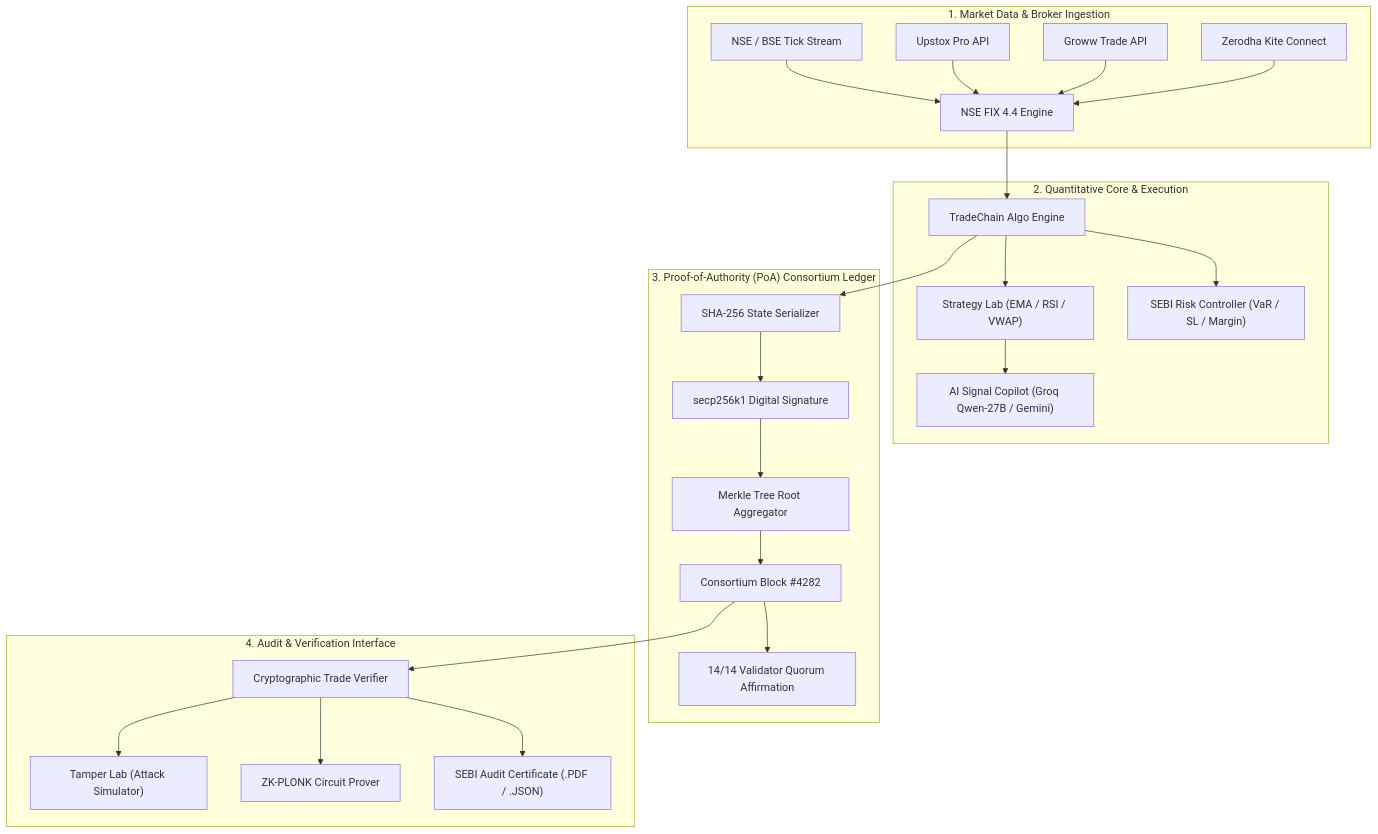
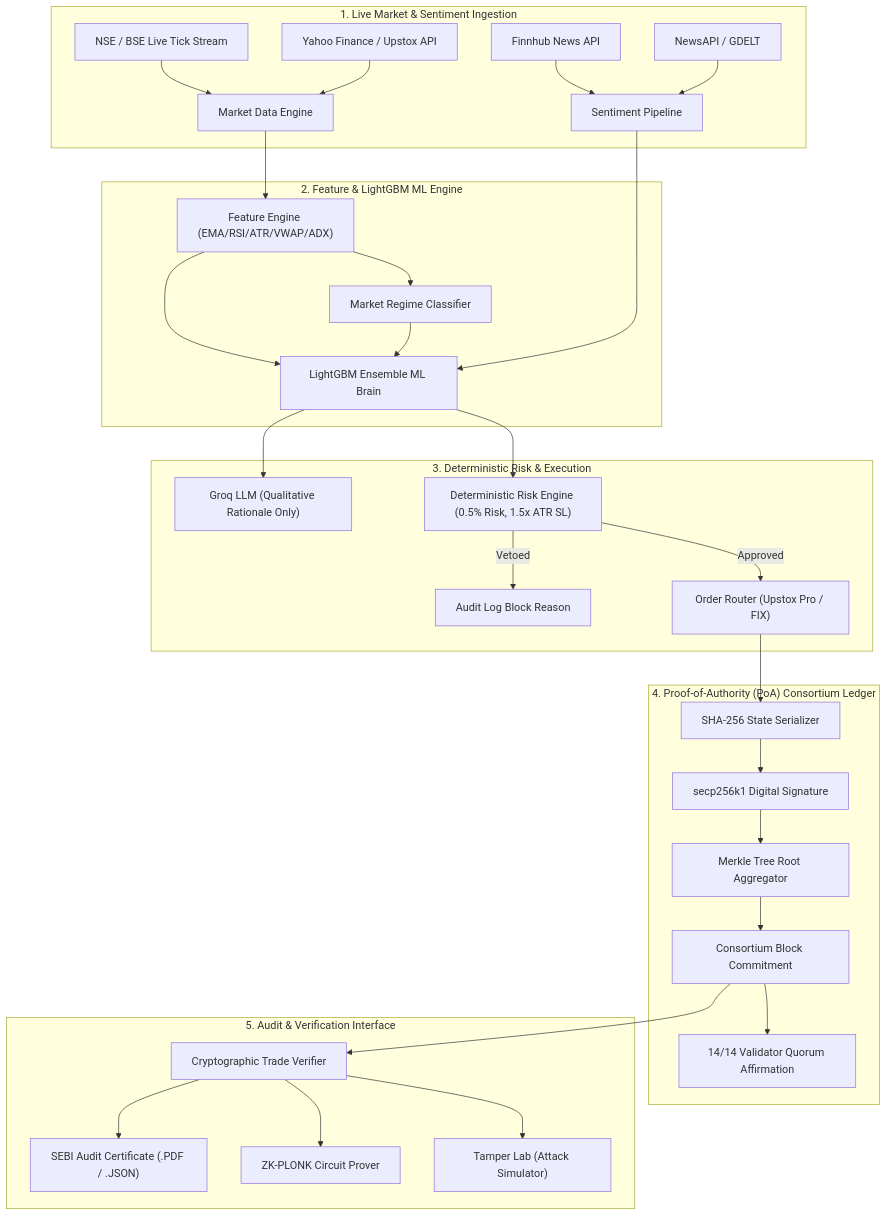
The diagram in README.md (itzdevilsunny/tradechain-platform), drawn with Mermaid before and after one commit. The commit also changed other lines of this file and 10 other files, not shown here.

Commit message:
feat: institutional LightGBM Ensemble ML Brain + Feature Engine + Multi-Source Sentiment + Deterministic Risk Engine

````diff
--- a/README.md
+++ b/README.md
@@ -83,31 +86,39 @@
 ```mermaid
 flowchart TD
-    subgraph MarketIngestion ["1. Market Data & Broker Ingestion"]
-        NSE["NSE / BSE Tick Stream"] --> FIX["NSE FIX 4.4 Engine"]
-        UPSTOX["Upstox Pro API"] --> FIX
-        GROWW["Groww Trade API"] --> FIX
-        ZERODHA["Zerodha Kite Connect"] --> FIX
+    subgraph MarketData ["1. Live Market & Sentiment Ingestion"]
+        NSE["NSE / BSE Live Tick Stream"] --> MDE["Market Data Engine"]
+        YFIN["Yahoo Finance / Upstox API"] --> MDE
+        FINN["Finnhub News API"] --> SENT["Sentiment Pipeline"]
+        NEWS["NewsAPI / GDELT"] --> SENT
     end
 
-    subgraph AlgoCore ["2. Quantitative Core & Execution"]
-        FIX --> ENGINE["TradeChain Algo Engine"]
-        ENGINE --> STRAT["Strategy Lab (EMA / RSI / VWAP)"]
-        ENGINE --> RISK["SEBI Risk Controller (VaR / SL / Margin)"]
-        STRAT --> SIGNALS["AI Signal Copilot (Groq Qwen-27B / Gemini)"]
+    subgraph QuantCore ["2. Feature & LightGBM ML Engine"]
+        MDE --> FEAT["Feature Engine (EMA/RSI/ATR/VWAP/ADX)"]
+        FEAT --> REGIME["Market Regime Classifier"]
+        FEAT --> ML["LightGBM Ensemble ML Brain"]
+        SENT --> ML
+        REGIME --> ML
     end
 
-    subgraph CryptoConsensus ["3. Proof-of-Authority (PoA) Consortium Ledger"]
-        ENGINE --> HASH["SHA-256 State Serializer"]
+    subgraph RiskAndExec ["3. Deterministic Risk & Execution"]
+        ML --> RISK["Deterministic Risk Engine (0.5% Risk, 1.5x ATR SL)"]
+        RISK -->|Approved| EXEC["Order Router (Upstox Pro / FIX)"]
+        RISK -->|Vetoed| BLOCK["Audit Log Block Reason"]
+        ML --> EXPLAIN["Groq LLM (Qualitative Rationale Only)"]
+    end
+
+    subgraph CryptoConsensus ["4. Proof-of-Authority (PoA) Consortium Ledger"]
+        EXEC --> HASH["SHA-256 State Serializer"]
         HASH --> ECDSA["secp256k1 Digital Signature"]
         ECDSA --> MERKLE["Merkle Tree Root Aggregator"]
-        MERKLE --> BLOCKS["Consortium Block #4282"]
+        MERKLE --> BLOCKS["Consortium Block Commitment"]
         BLOCKS --> NODES["14/14 Validator Quorum Affirmation"]
     end
 
-    subgraph AuditVerification ["4. Audit & Verification Interface"]
+    subgraph AuditVerification ["5. Audit & Verification Interface"]
         BLOCKS --> VERIFY["Cryptographic Trade Verifier"]
         VERIFY --> TAMPER["Tamper Lab (Attack Simulator)"]
         VERIFY --> ZK["ZK-PLONK Circuit Prover"]
         VERIFY --> CERT["SEBI Audit Certificate (.PDF / .JSON)"]
     end
 ```
````
